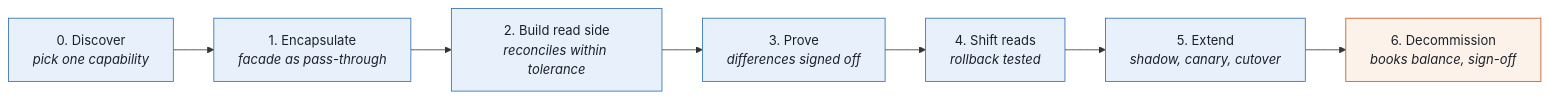
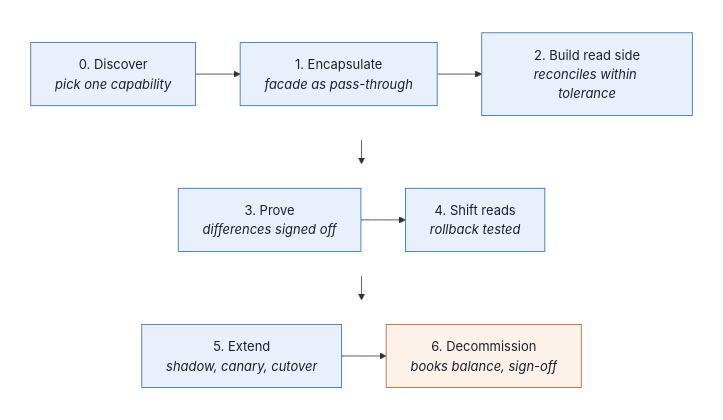
Before and after one commit to wallaceespindola/legacy-modernization-patterns: the diagram in docs/articles/linkedin/diagrams/modernization-phases.mmd, drawn with Mermaid. The commit also changed 20 other files, not shown here.

```diff
--- a/docs/articles/linkedin/diagrams/modernization-phases.mmd
+++ b/docs/articles/linkedin/diagrams/modernization-phases.mmd
@@ -1,11 +1,23 @@
-flowchart LR
-    P0["0. Discover<br/><i>pick one capability</i>"] --> P1["1. Encapsulate<br/><i>facade as pass-through</i>"]
-    P1 --> P2["2. Build read side<br/><i>reconciles within tolerance</i>"]
-    P2 --> P3["3. Prove<br/><i>differences signed off</i>"]
-    P3 --> P4["4. Shift reads<br/><i>rollback tested</i>"]
-    P4 --> P5["5. Extend<br/><i>shadow, canary, cutover</i>"]
-    P5 --> P6["6. Decommission<br/><i>books balance, sign-off</i>"]
+%%{init: {"flowchart": {"rankSpacing": 30, "nodeSpacing": 40}}}%%
+flowchart TB
+    subgraph R1[" "]
+        direction LR
+        P0["0. Discover<br/><i>pick one capability</i>"] --> P1["1. Encapsulate<br/><i>facade as pass-through</i>"]
+        P1 --> P2["2. Build read side<br/><i>reconciles within tolerance</i>"]
+    end
+    subgraph R2[" "]
+        direction LR
+        P3["3. Prove<br/><i>differences signed off</i>"] --> P4["4. Shift reads<br/><i>rollback tested</i>"]
+    end
+    subgraph R3[" "]
+        direction LR
+        P5["5. Extend<br/><i>shadow, canary, cutover</i>"] --> P6["6. Decommission<br/><i>books balance, sign-off</i>"]
+    end
+    R1 --> R2
+    R2 --> R3
     classDef done fill:#e8f1fb,stroke:#2b6cb0,color:#1a202c
     classDef gate fill:#fdf2e9,stroke:#c05621,color:#1a202c
+    classDef row fill:#ffffff,stroke:#ffffff
     class P0,P1,P2,P3,P4,P5 done
     class P6 gate
+    class R1,R2,R3 row
```
